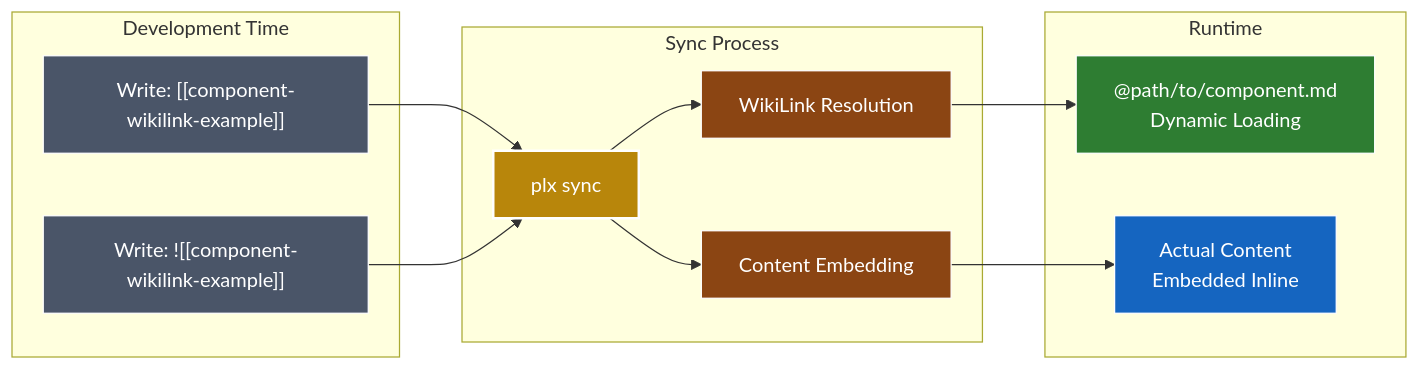
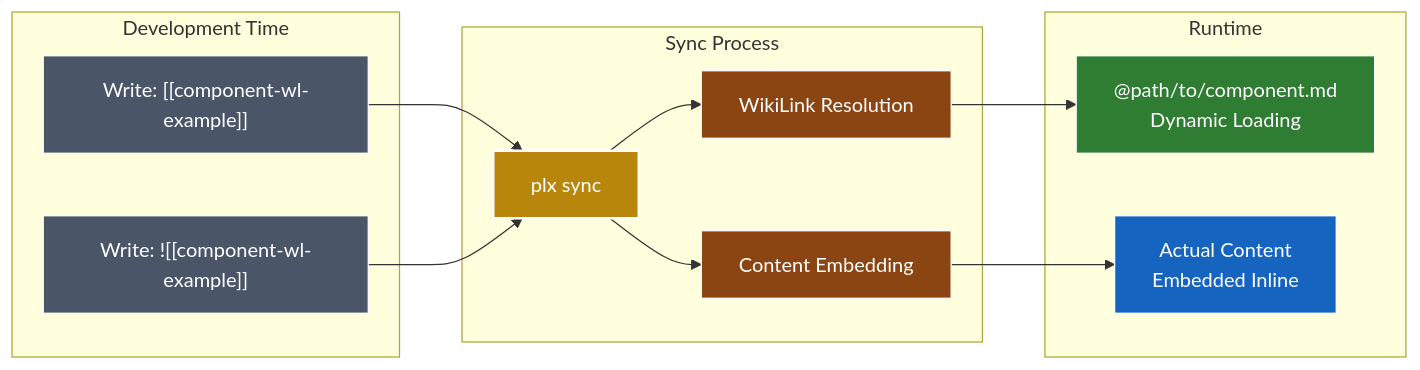
One commit to its-brianwithai/pew-pew-plx changed the fourth of 9 diagrams in README.md. Above: the diagram before and after it, drawn with Mermaid. The commit also changed other lines of this file and 202 other files, not shown here.

````diff
--- a/README.md
+++ b/README.md
@@ -311,33 +311,33 @@
 ```mermaid
 graph LR
     subgraph "Development Time"
-        D1["Write: [[component-wikilink-example]]"]
-        D2["Write: ![[component-wikilink-example]]"]
+        D1["Write: [[component-wl-example]]"]
+        D2["Write: ![[component-wl-example]]"]
     end
     
     subgraph "Sync Process"
         S1[plx sync]
         S2[WikiLink Resolution]
         S3[Content Embedding]
     end
     
     subgraph "Runtime"
         R1["@path/to/component.md<br/>Dynamic Loading"]
         R2["Actual Content<br/>Embedded Inline"]
     end
     
     D1 --> S1
     D2 --> S1
     S1 --> S2
     S1 --> S3
     S2 --> R1
     S3 --> R2
     
     style D1 fill:#4a5568,stroke:#fff,color:#fff
     style D2 fill:#4a5568,stroke:#fff,color:#fff
     style S1 fill:#b8860b,stroke:#fff,stroke-width:2px,color:#fff
     style S2 fill:#8b4513,stroke:#fff,color:#fff
     style S3 fill:#8b4513,stroke:#fff,color:#fff
     style R1 fill:#2e7d32,stroke:#fff,color:#fff
     style R2 fill:#1565c0,stroke:#fff,color:#fff
 ```
````
